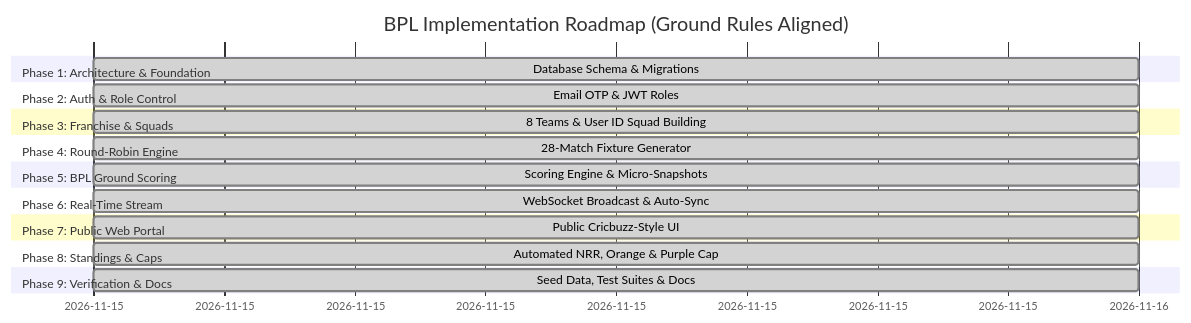
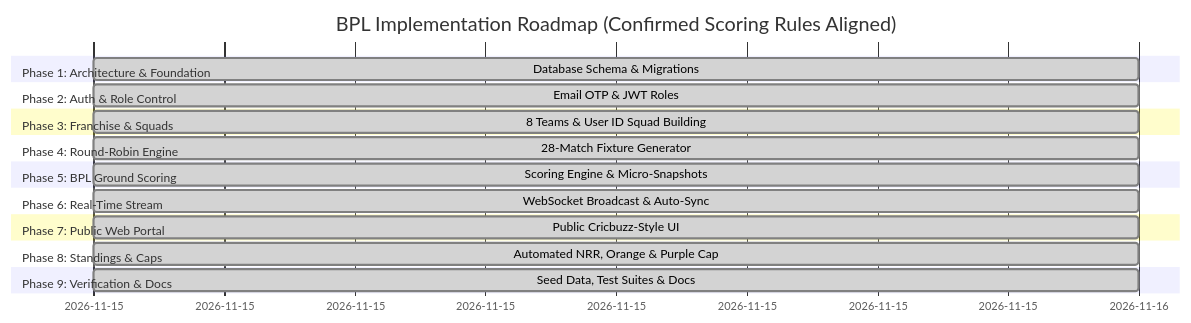
One commit to Yajat-Sharma/BPL changed the diagram in docs/IMPLEMENTATION_ROADMAP.md. Above: the diagram before and after it, drawn with Mermaid. The commit also changed other lines of this file and 4 other files, not shown here.

Commit message:
docs: integrate confirmed BPL scoring rules (DIRECT_OUT, NO_BALL +1 repeat, FIXED 4D, 1D, 2D, RUNS_COMPLETED, and zone precedence safeguard)

````diff
--- a/docs/IMPLEMENTATION_ROADMAP.md
+++ b/docs/IMPLEMENTATION_ROADMAP.md
@@ -7,23 +7,23 @@
 ```mermaid
 gantt
-    title BPL Implementation Roadmap (Ground Rules Aligned)
+    title BPL Implementation Roadmap (Confirmed Scoring Rules Aligned)
     dateFormat  YYYY-MM-DD
     section Phase 1: Architecture & Foundation
     Database Schema & Migrations       :done, p1, 2026-11-15, 1d
     section Phase 2: Auth & Role Control
     Email OTP & JWT Roles             :done, p2, 2026-11-15, 1d
     section Phase 3: Franchise & Squads
     8 Teams & User ID Squad Building   :done, p3, 2026-11-15, 1d
     section Phase 4: Round-Robin Engine
     28-Match Fixture Generator         :done, p4, 2026-11-15, 1d
     section Phase 5: BPL Ground Scoring
     Scoring Engine & Micro-Snapshots   :done, p5, 2026-11-15, 1d
     section Phase 6: Real-Time Stream
     WebSocket Broadcast & Auto-Sync    :done, p6, 2026-11-15, 1d
     section Phase 7: Public Web Portal
     Public Cricbuzz-Style UI           :done, p7, 2026-11-15, 1d
     section Phase 8: Standings & Caps
     Automated NRR, Orange & Purple Cap :done, p8, 2026-11-15, 1d
     section Phase 9: Verification & Docs
     Seed Data, Test Suites & Docs      :done, p9, 2026-11-15, 1d
 ```
````
